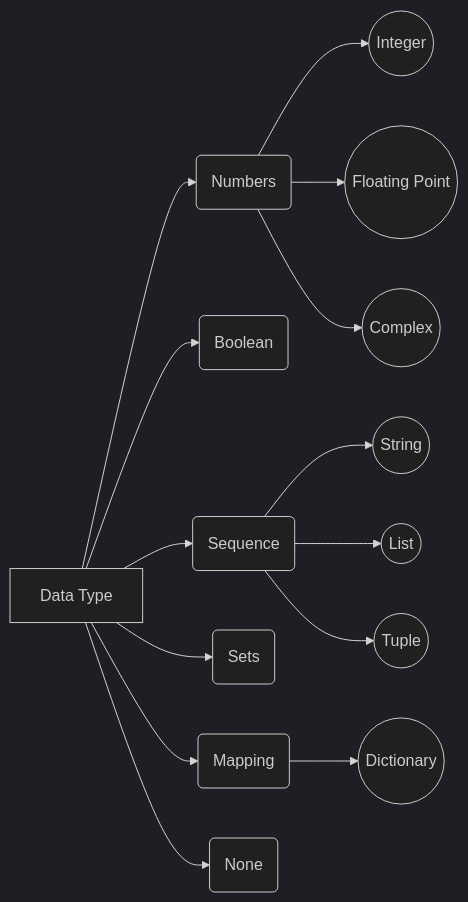
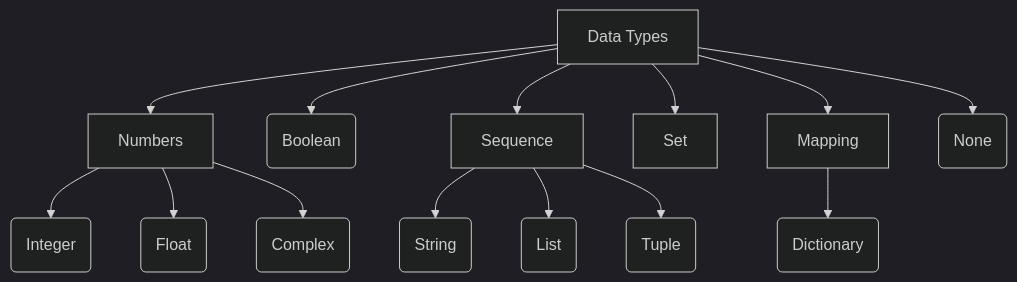
The diagram in _posts/2026-03-15-python-programming-fundamentals.md (ArshitBhatnagar/pywitharshit.github.io), drawn with Mermaid (dark theme) before and after one commit. The commit also changed other lines of this file, not shown here.

````diff
--- a/_posts/2026-03-15-python-programming-fundamentals.md
+++ b/_posts/2026-03-15-python-programming-fundamentals.md
@@ -10,13 +16,22 @@
 ```mermaid
-graph LR
-A[Data Type] --> N(Numbers)-->I((Integer))
-N-->F((Floating Point))
-N-->C((Complex))
-A-->B(Boolean)
-A-->S(Sequence)-->St((String))
-S-->L((List))
-S-->T((Tuple))
-A-->Se(Sets)
-A-->M(Mapping)-->D((Dictionary))
-A-->No(None)
+graph TD
+A[Data Types]
+
+A --> B[Numbers]
+B --> I(Integer)
+B --> F(Float)
+B --> C(Complex)
+
+A --> D(Boolean)
+
+A --> E[Sequence]
+E --> S(String)
+E --> L(List)
+E --> T(Tuple)
+
+A --> G[Set]
+A --> H[Mapping]
+H --> DI(Dictionary)
+
+A --> N(None)
 ```
````
